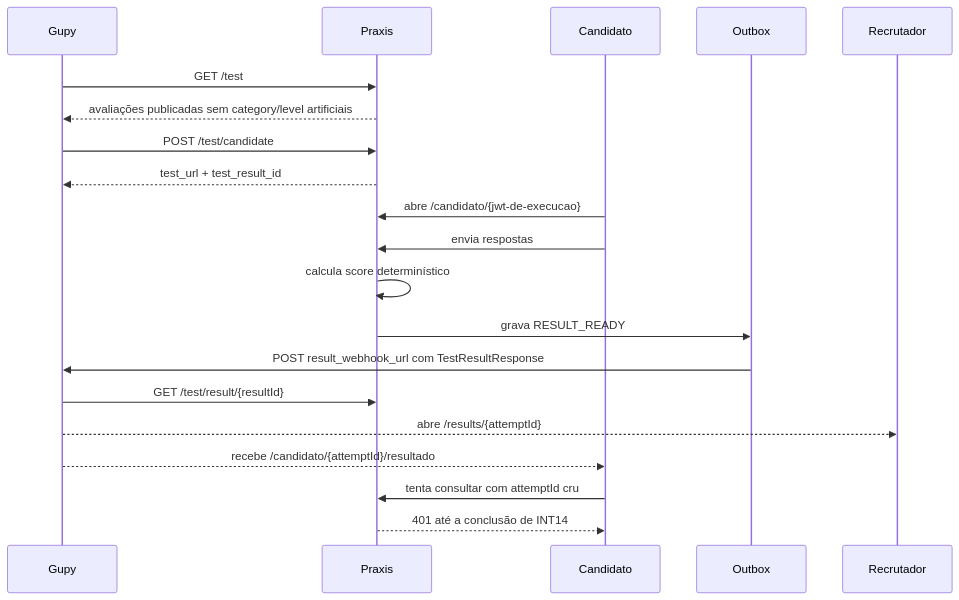
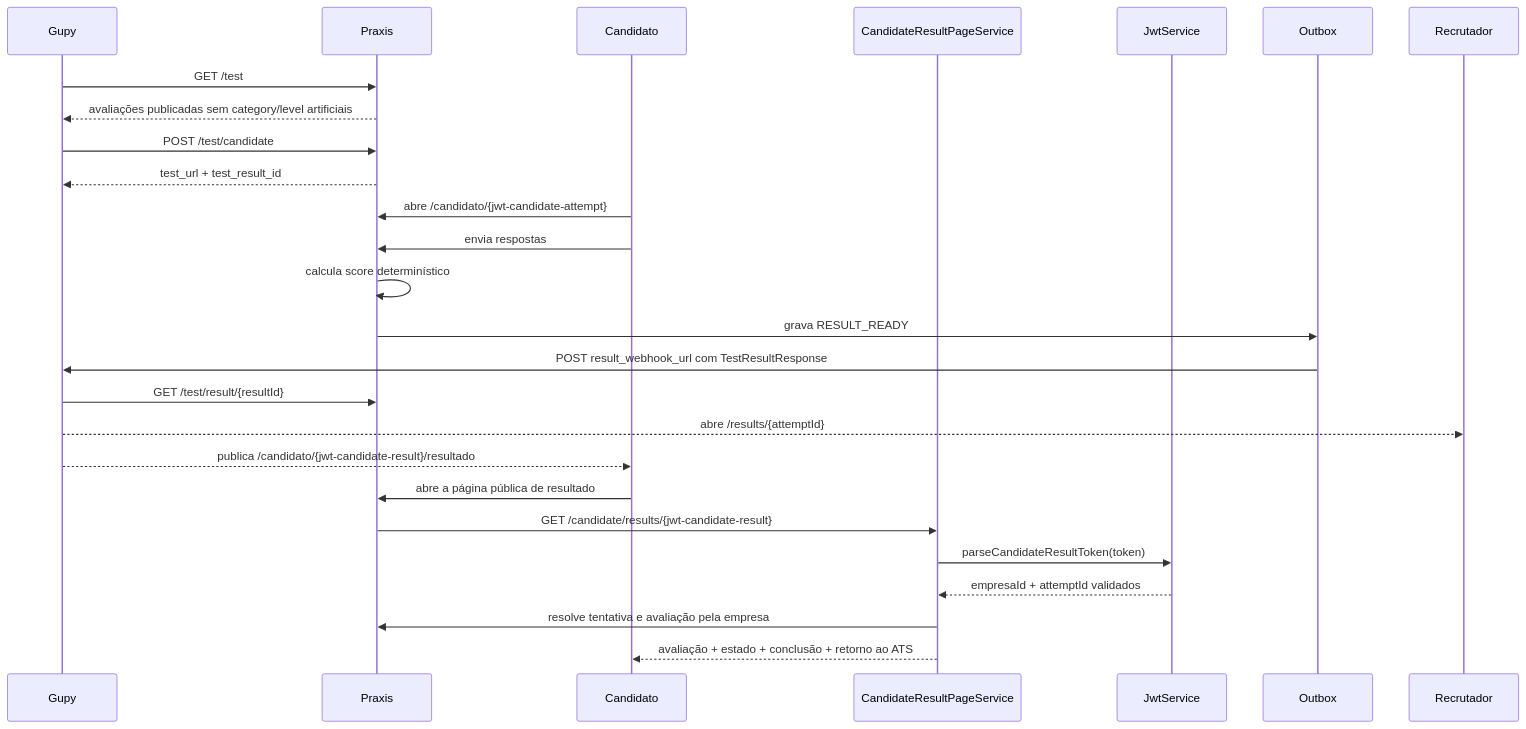
Before and after one commit to diogo2806/praxis: the first of 2 diagrams in docs/INTEGRACAO-GUPY-PROVEDOR.md, drawn with Mermaid. The commit also changed other lines of this file, not shown here.

Commit message:
docs: alinhar contrato Gupy ao token de resultado

````diff
--- a/docs/INTEGRACAO-GUPY-PROVEDOR.md
+++ b/docs/INTEGRACAO-GUPY-PROVEDOR.md
@@ -234,22 +241,28 @@
 ```mermaid
 sequenceDiagram
   participant Gupy
   participant Praxis
   participant Candidato
+  participant Resultado as CandidateResultPageService
+  participant JWT as JwtService
   participant Outbox
 
   Gupy->>Praxis: GET /test
   Praxis-->>Gupy: avaliações publicadas sem category/level artificiais
   Gupy->>Praxis: POST /test/candidate
   Praxis-->>Gupy: test_url + test_result_id
-  Candidato->>Praxis: abre /candidato/{jwt-de-execucao}
+  Candidato->>Praxis: abre /candidato/{jwt-candidate-attempt}
   Candidato->>Praxis: envia respostas
   Praxis->>Praxis: calcula score determinístico
   Praxis->>Outbox: grava RESULT_READY
   Outbox->>Gupy: POST result_webhook_url com TestResultResponse
   Gupy->>Praxis: GET /test/result/{resultId}
   Gupy-->>Recrutador: abre /results/{attemptId}
-  Gupy-->>Candidato: recebe /candidato/{attemptId}/resultado
-  Candidato->>Praxis: tenta consultar com attemptId cru
-  Praxis-->>Candidato: 401 até a conclusão de INT14
+  Gupy-->>Candidato: publica /candidato/{jwt-candidate-result}/resultado
+  Candidato->>Praxis: abre a página pública de resultado
+  Praxis->>Resultado: GET /candidate/results/{jwt-candidate-result}
+  Resultado->>JWT: parseCandidateResultToken(token)
+  JWT-->>Resultado: empresaId + attemptId validados
+  Resultado->>Praxis: resolve tentativa e avaliação pela empresa
+  Resultado-->>Candidato: avaliação + estado + conclusão + retorno ao ATS
 ```
````
